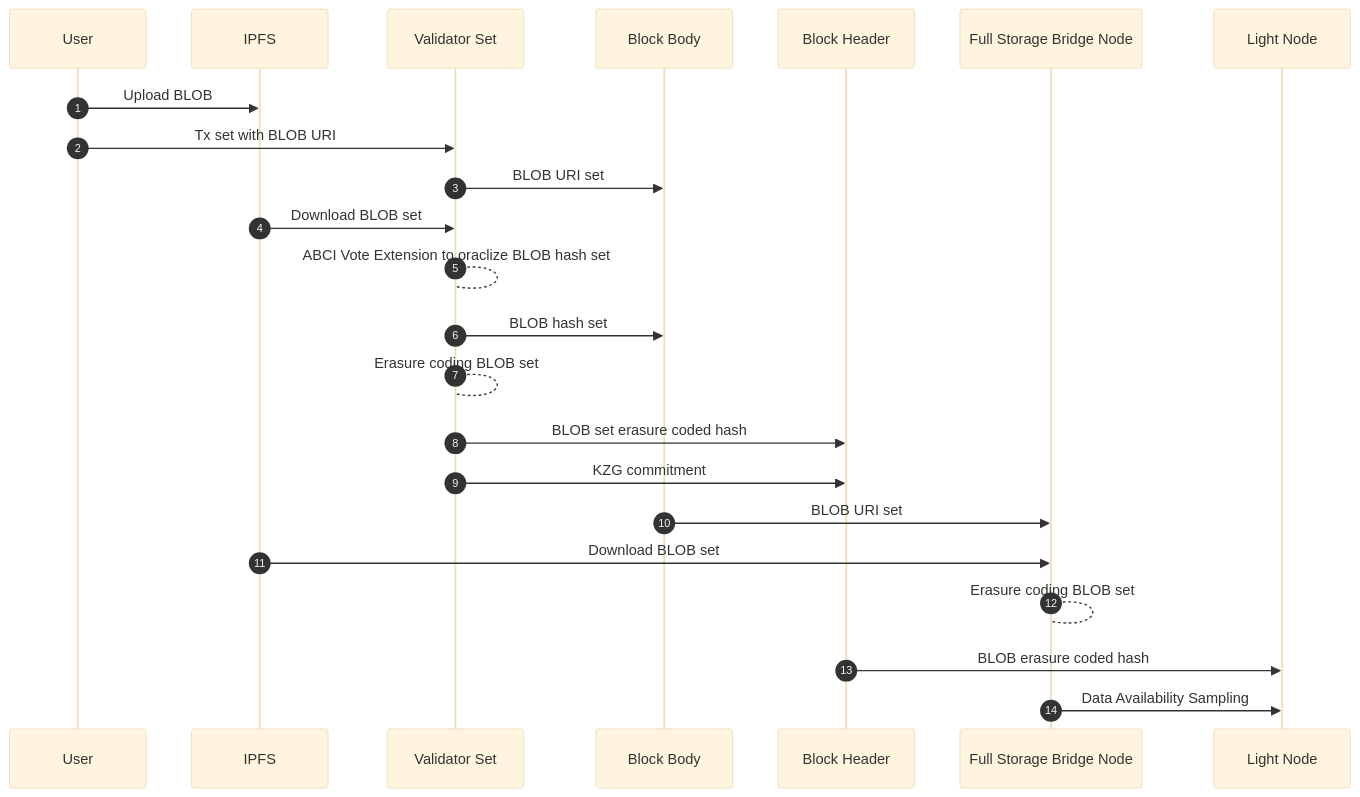
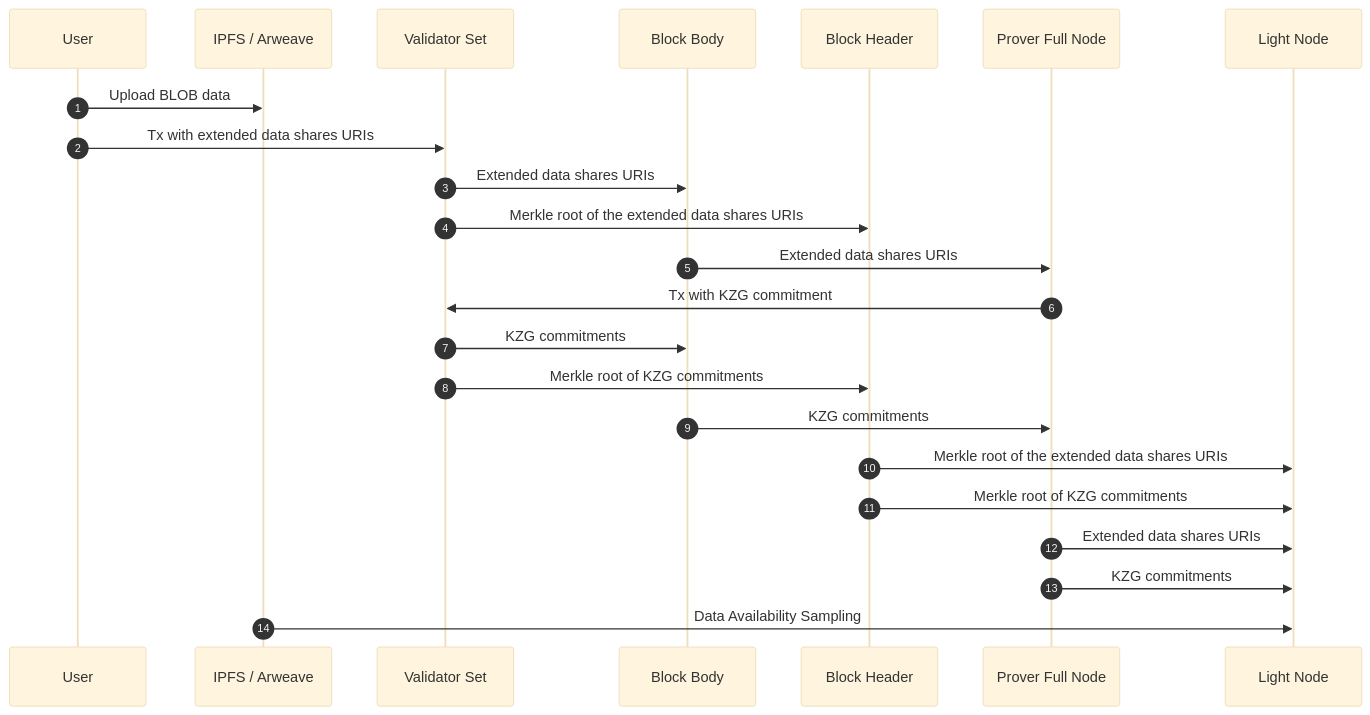
Before and after one commit to sunriselayer/gitbook: the diagram in learn/sunrise/blob.md, drawn with Mermaid (base theme). The commit also changed other lines of this file, not shown here.

````diff
--- a/learn/sunrise/blob.md
+++ b/learn/sunrise/blob.md
@@ -71,18 +72,18 @@
 ```mermaid
 sequenceDiagram
     autonumber
-    User ->> IPFS: Upload BLOB
-    User ->> Validator Set: Tx set with BLOB URI
-    Validator Set ->> Block Body: BLOB URI set
-    IPFS ->> Validator Set: Download BLOB set
-    Validator Set --> Validator Set: ABCI Vote Extension to oraclize BLOB hash set
-    Validator Set ->> Block Body: BLOB hash set
-    Validator Set --> Validator Set: Erasure coding BLOB set
-    Validator Set ->> Block Header: BLOB set erasure coded hash
-    Validator Set ->> Block Header: KZG commitment
-    Block Body ->> Full Storage Bridge Node: BLOB URI set
-    IPFS ->> Full Storage Bridge Node: Download BLOB set
-    Full Storage Bridge Node --> Full Storage Bridge Node: Erasure coding BLOB set
-    Block Header ->> Light Node: BLOB erasure coded hash
-    Full Storage Bridge Node ->> Light Node: Data Availability Sampling
+    User ->> IPFS / Arweave: Upload BLOB data
+    User ->> Validator Set: Tx with extended data shares URIs
+    Validator Set ->> Block Body: Extended data shares URIs
+    Validator Set ->> Block Header: Merkle root of the extended data shares URIs
+    Block Body ->> Prover Full Node: Extended data shares URIs
+    Prover Full Node ->> Validator Set: Tx with KZG commitment
+    Validator Set ->> Block Body: KZG commitments
+    Validator Set ->> Block Header: Merkle root of KZG commitments
+    Block Body ->> Prover Full Node: KZG commitments
+    Block Header ->> Light Node: Merkle root of the extended data shares URIs
+    Block Header ->> Light Node: Merkle root of KZG commitments
+    Prover Full Node ->> Light Node: Extended data shares URIs
+    Prover Full Node ->> Light Node: KZG commitments
+    IPFS / Arweave ->> Light Node: Data Availability Sampling
 ```
````
